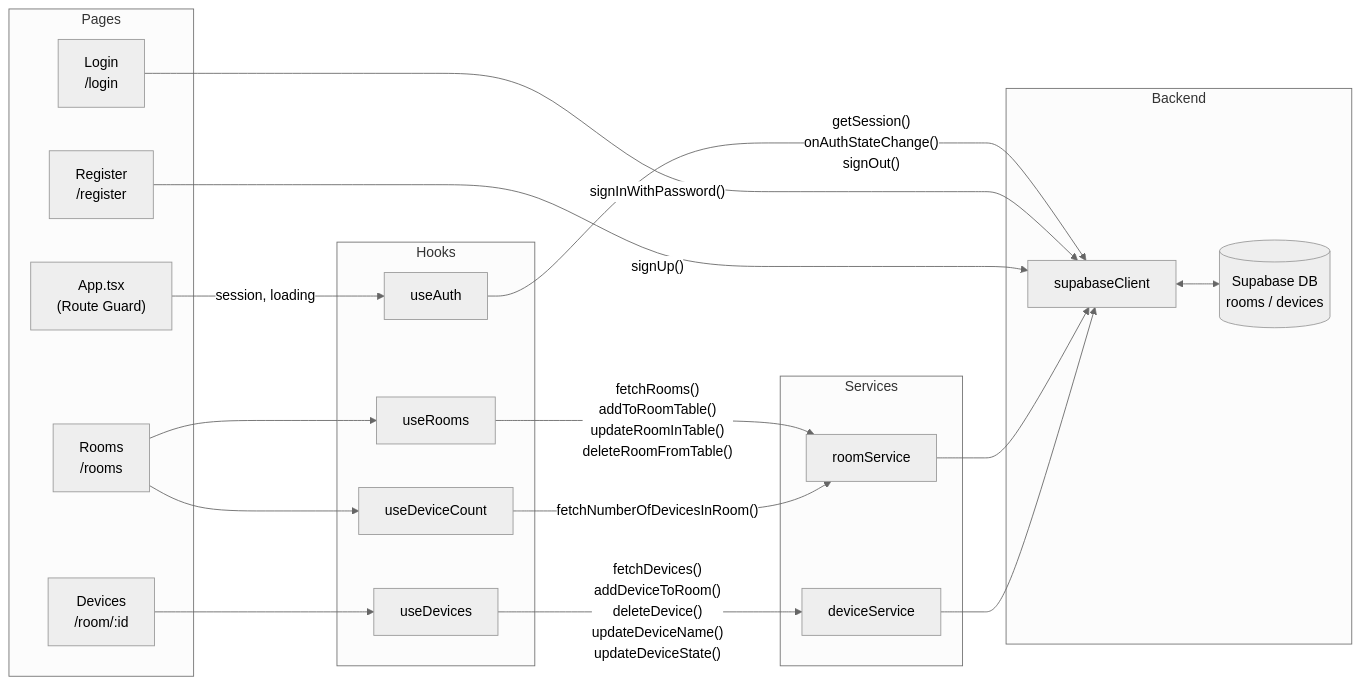
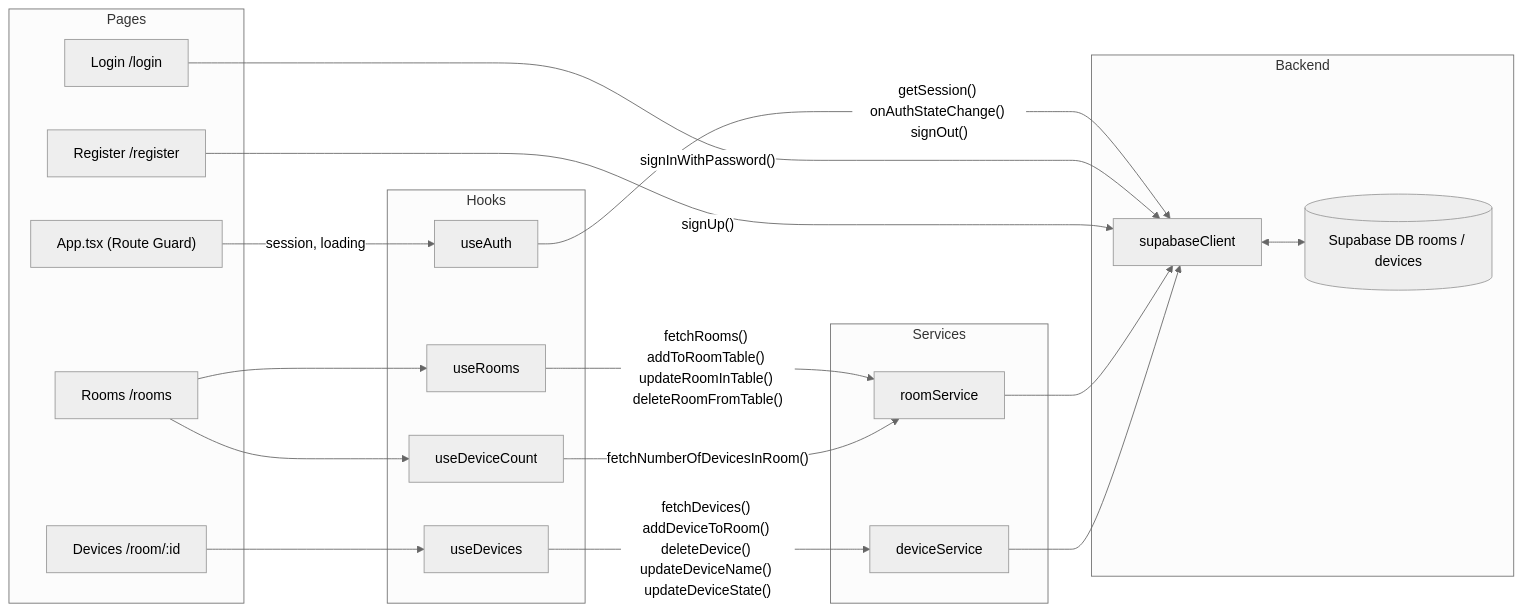
Before and after one commit to jku-win-se/teaching-2026.ss.prse.braeuer.team5: the second of 5 diagrams in docs/uml-diagram.md, drawn with Mermaid (neutral theme). The commit also changed other lines of this file, not shown here.

First line of the commit message:
#62 [0.1] Hinzufügen von Datenbankschema UML

````diff
--- a/docs/uml-diagram.md
+++ b/docs/uml-diagram.md
@@ -97,44 +54,44 @@
 ```mermaid
 graph LR
     subgraph Pages
-        App["App.tsx\n(Route Guard)"]
-        Login["Login\n/login"]
-        Register["Register\n/register"]
-        Rooms["Rooms\n/rooms"]
-        Devices["Devices\n/room/:id"]
+        App["App.tsx (Route Guard)"]
+        Login["Login /login"]
+        Register["Register /register"]
+        Rooms["Rooms /rooms"]
+        Devices["Devices /room/:id"]
     end
 
     subgraph Hooks
         useAuth["useAuth"]
         useRooms["useRooms"]
         useDeviceCount["useDeviceCount"]
         useDevices["useDevices"]
     end
 
     subgraph Services
         roomSvc["roomService"]
         deviceSvc["deviceService"]
     end
 
     subgraph Backend
         supabase["supabaseClient"]
-        db[("Supabase DB\nrooms / devices")]
+        db[("Supabase DB rooms / devices")]
     end
 
     App -->|"session, loading"| useAuth
     Rooms --> useRooms
     Rooms --> useDeviceCount
     Devices --> useDevices
 
-    useAuth -->|"getSession()\nonAuthStateChange()\nsignOut()"| supabase
+    useAuth -->|"getSession() onAuthStateChange() signOut()"| supabase
     Login -->|"signInWithPassword()"| supabase
     Register -->|"signUp()"| supabase
 
-    useRooms -->|"fetchRooms()\naddToRoomTable()\nupdateRoomInTable()\ndeleteRoomFromTable()"| roomSvc
+    useRooms -->|"fetchRooms() addToRoomTable() updateRoomInTable() deleteRoomFromTable()"| roomSvc
     useDeviceCount -->|"fetchNumberOfDevicesInRoom()"| roomSvc
-    useDevices -->|"fetchDevices()\naddDeviceToRoom()\ndeleteDevice()\nupdateDeviceName()\nupdateDeviceState()"| deviceSvc
+    useDevices -->|"fetchDevices() addDeviceToRoom() deleteDevice() updateDeviceName() updateDeviceState()"| deviceSvc
 
     roomSvc --> supabase
     deviceSvc --> supabase
     supabase <--> db
 ```
````
